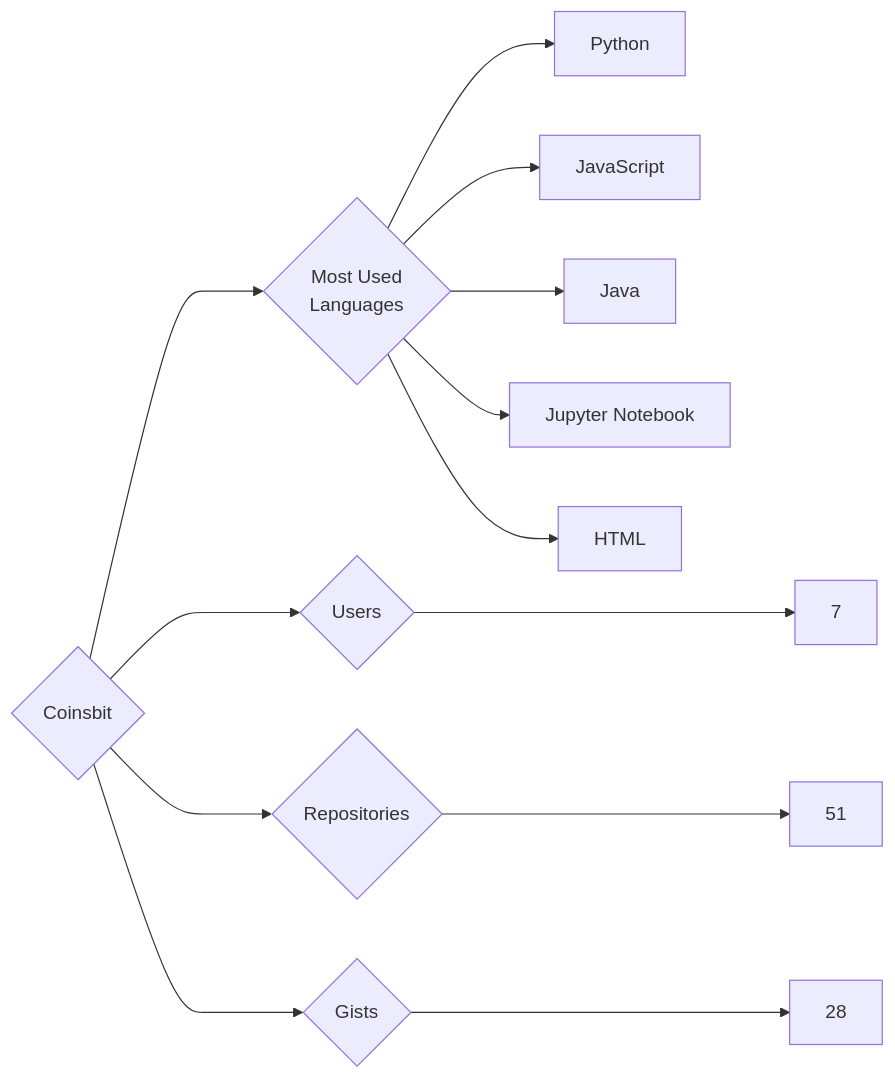
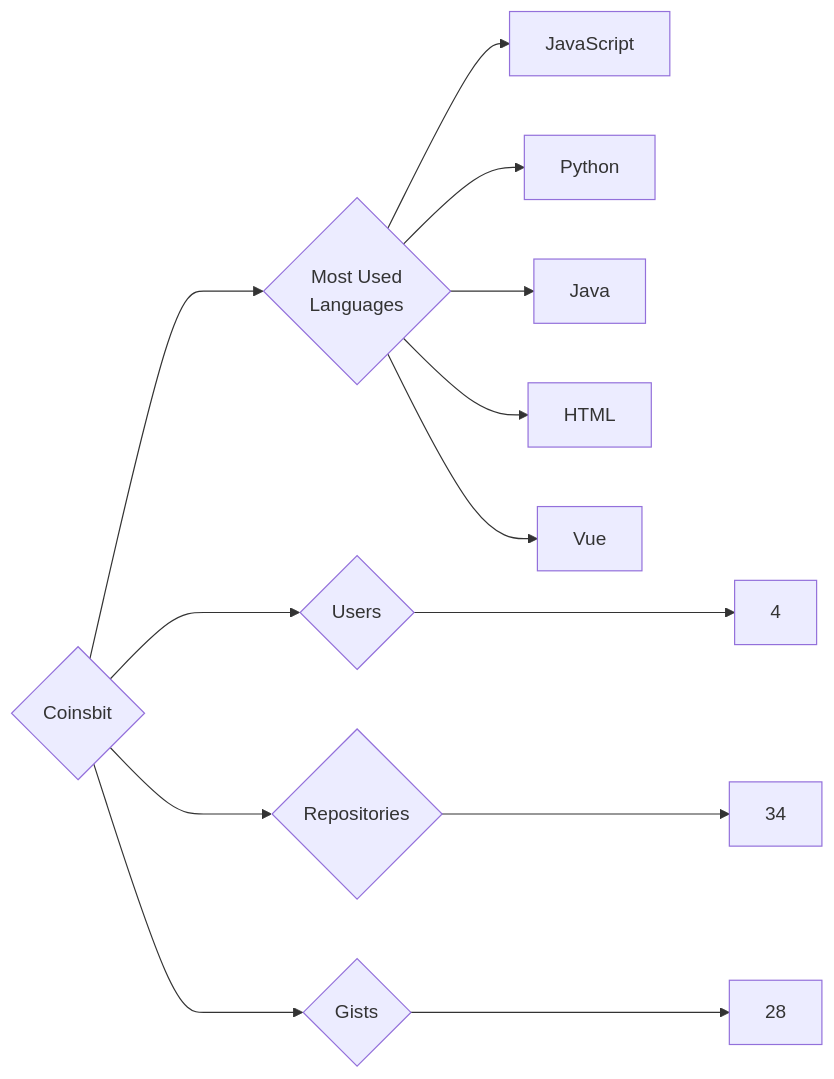
The diagram in targets/Coinsbit/README.md (trickest/insiders), drawn with Mermaid before and after one commit. The commit also changed 1166 other files, not shown here.

````diff
--- a/targets/Coinsbit/README.md
+++ b/targets/Coinsbit/README.md
@@ -3,13 +3,13 @@
 ```mermaid
 graph LR
 COMPANY_NAME{Coinsbit}
-COMPANY_NAME ---> U{Users} ---> UN[7]
-COMPANY_NAME ---> R{Repositories} ---> RN[51]
+COMPANY_NAME ---> U{Users} ---> UN[4]
+COMPANY_NAME ---> R{Repositories} ---> RN[34]
 COMPANY_NAME ---> G{Gists} ---> GN[28]
 COMPANY_NAME ---> ML{Most Used<br>Languages}
+ML --> JavaScript[JavaScript]
 ML --> Python[Python]
-ML --> JavaScript[JavaScript]
 ML --> Java[Java]
-ML --> Jupyter_Notebook[Jupyter Notebook]
 ML --> HTML[HTML]
+ML --> Vue[Vue]
 ```
````
